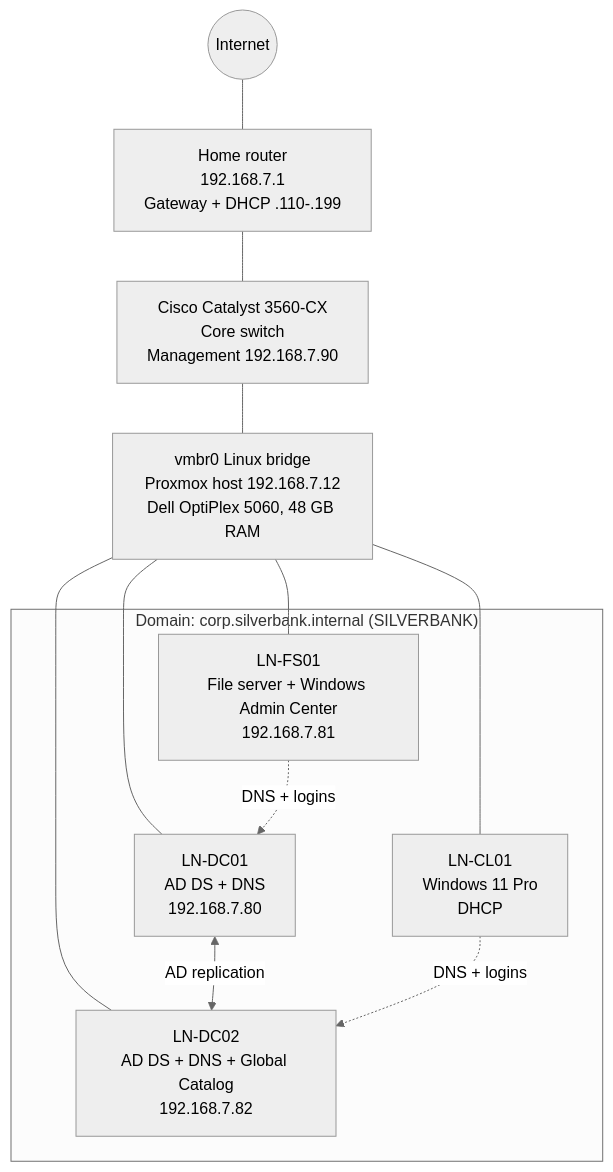
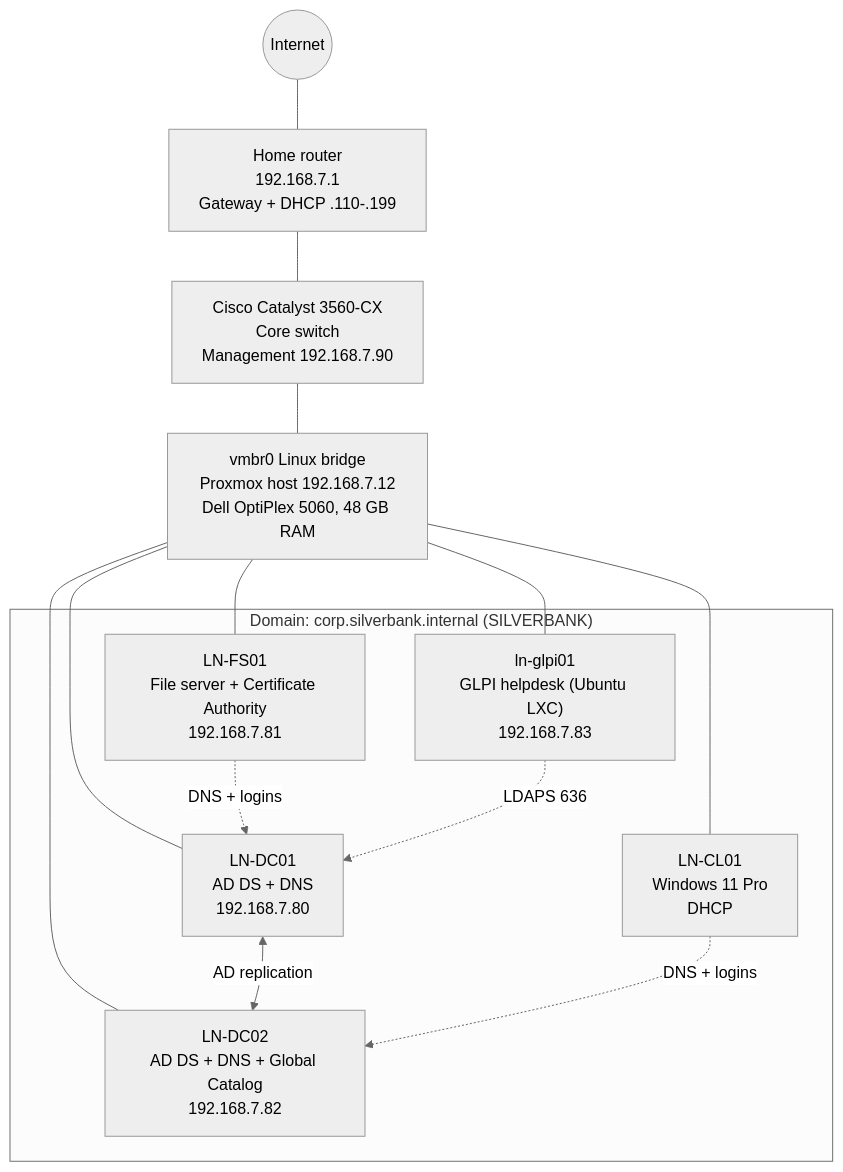
The diagram in README.md (mariusiordan/Windows-Server-2025-Homelab), drawn with Mermaid (neutral theme) before and after one commit. The commit also changed other lines of this file, not shown here.

Commit message:
Update main README with new folder structure and GLPI

````diff
--- a/README.md
+++ b/README.md
@@ -33,27 +37,30 @@
 ```mermaid
 flowchart TB
     internet((Internet))
     router["Home router<br/>192.168.7.1<br/>Gateway + DHCP .110-.199"]
     switch["Cisco Catalyst 3560-CX<br/>Core switch<br/>Management 192.168.7.90"]
     bridge["vmbr0 Linux bridge<br/>Proxmox host 192.168.7.12<br/>Dell OptiPlex 5060, 48 GB RAM"]
 
     internet --- router
     router --- switch
     switch --- bridge
 
     subgraph domain["Domain: corp.silverbank.internal (SILVERBANK)"]
         dc01["LN-DC01<br/>AD DS + DNS<br/>192.168.7.80"]
         dc02["LN-DC02<br/>AD DS + DNS + Global Catalog<br/>192.168.7.82"]
-        fs01["LN-FS01<br/>File server + Windows Admin Center<br/>192.168.7.81"]
+        fs01["LN-FS01<br/>File server + Certificate Authority<br/>192.168.7.81"]
         cl01["LN-CL01<br/>Windows 11 Pro<br/>DHCP"]
+        glpi["ln-glpi01<br/>GLPI helpdesk (Ubuntu LXC)<br/>192.168.7.83"]
     end
 
     bridge --- dc01
     bridge --- dc02
     bridge --- fs01
     bridge --- cl01
+    bridge --- glpi
 
     dc01 <-->|AD replication| dc02
     fs01 -.->|DNS + logins| dc01
     cl01 -.->|DNS + logins| dc02
+    glpi -.->|LDAPS 636| dc01
 ```
````
